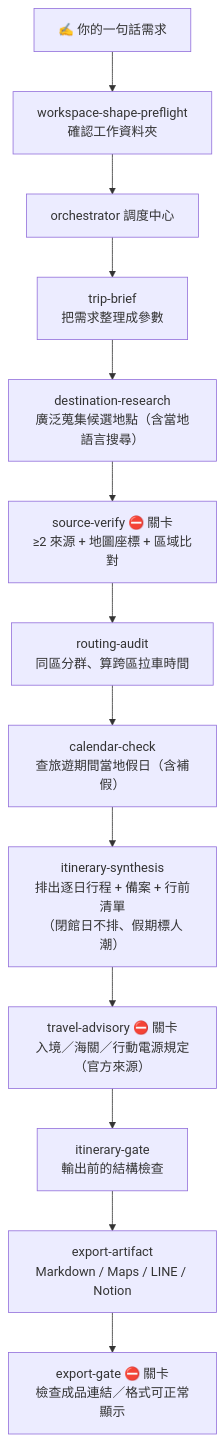
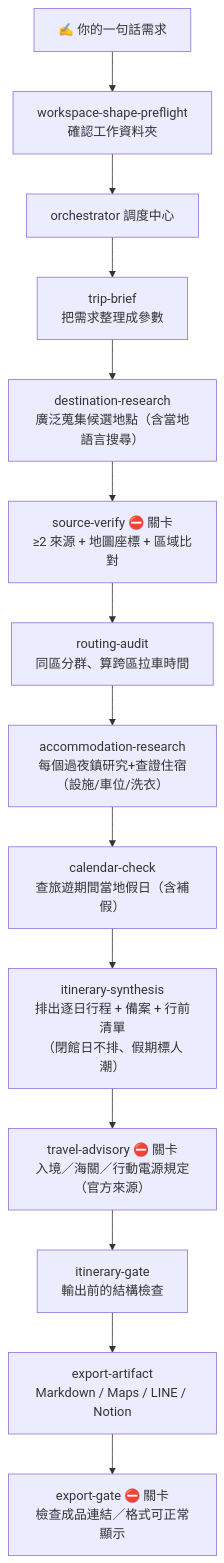
One commit to helping-ai-workflow/tripwork changed the diagram in README.md. Above: the diagram before and after it, drawn with Mermaid. The commit also changed other lines of this file, not shown here.

Commit message:
docs(readme): add accommodation-research to pipeline, pain/§3/§4 rows

````diff
--- a/README.md
+++ b/README.md
@@ -95,16 +96,17 @@
 ```mermaid
 flowchart TB
     P["✍️ 你的一句話需求"]
     P --> WSP["workspace-shape-preflight<br/>確認工作資料夾"]
     WSP --> ORC["orchestrator 調度中心"]
     ORC --> TB["trip-brief<br/>把需求整理成參數"]
     TB --> DR["destination-research<br/>廣泛蒐集候選地點（含當地語言搜尋）"]
     DR --> SV["source-verify ⛔ 關卡<br/>≥2 來源 + 地圖座標 + 區域比對"]
     SV --> RA["routing-audit<br/>同區分群、算跨區拉車時間"]
-    RA --> CAL["calendar-check<br/>查旅遊期間當地假日（含補假）"]
+    RA --> ACC["accommodation-research<br/>每個過夜鎮研究+查證住宿（設施/車位/洗衣）"]
+    ACC --> CAL["calendar-check<br/>查旅遊期間當地假日（含補假）"]
     CAL --> SYN["itinerary-synthesis<br/>排出逐日行程 + 備案 + 行前清單<br/>（閉館日不排、假期標人潮）"]
     SYN --> ADV["travel-advisory ⛔ 關卡<br/>入境／海關／行動電源規定（官方來源）"]
     ADV --> GATE["itinerary-gate<br/>輸出前的結構檢查"]
     GATE --> EXP["export-artifact<br/>Markdown / Maps / LINE / Notion"]
     EXP --> EGATE["export-gate ⛔ 關卡<br/>檢查成品連結／格式可正常顯示"]
 ```
````
